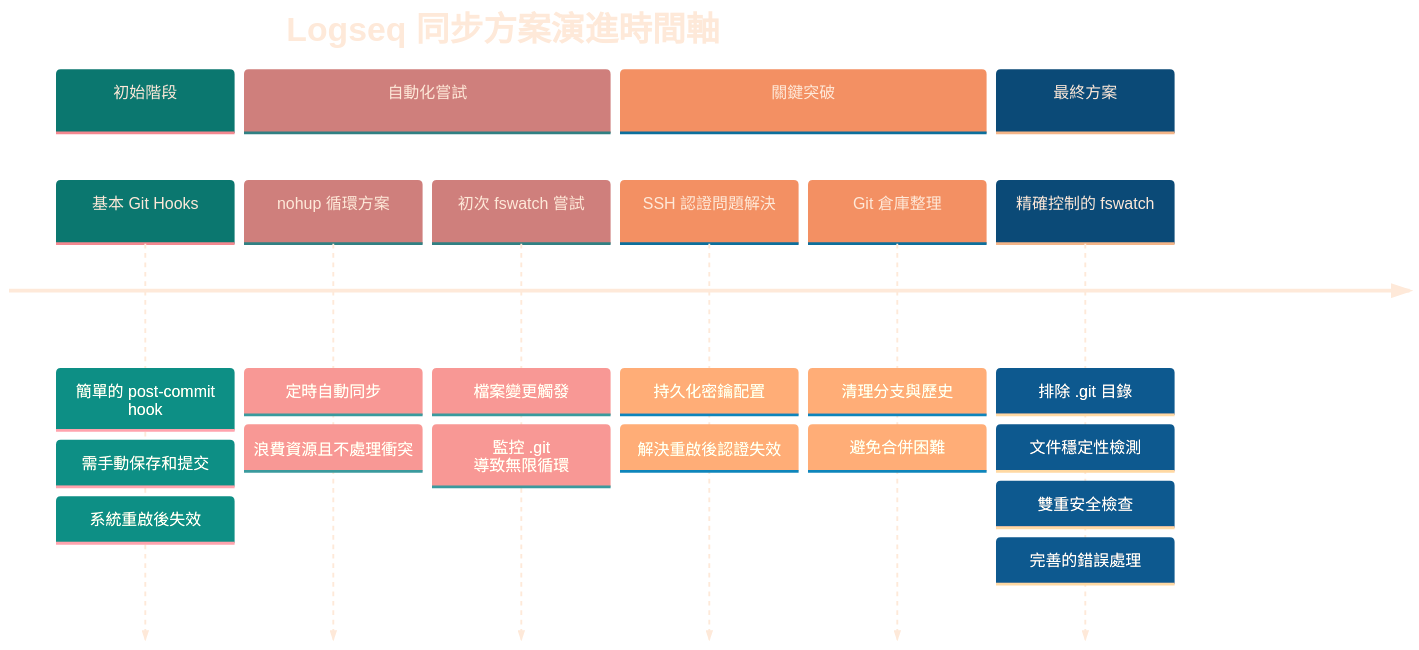
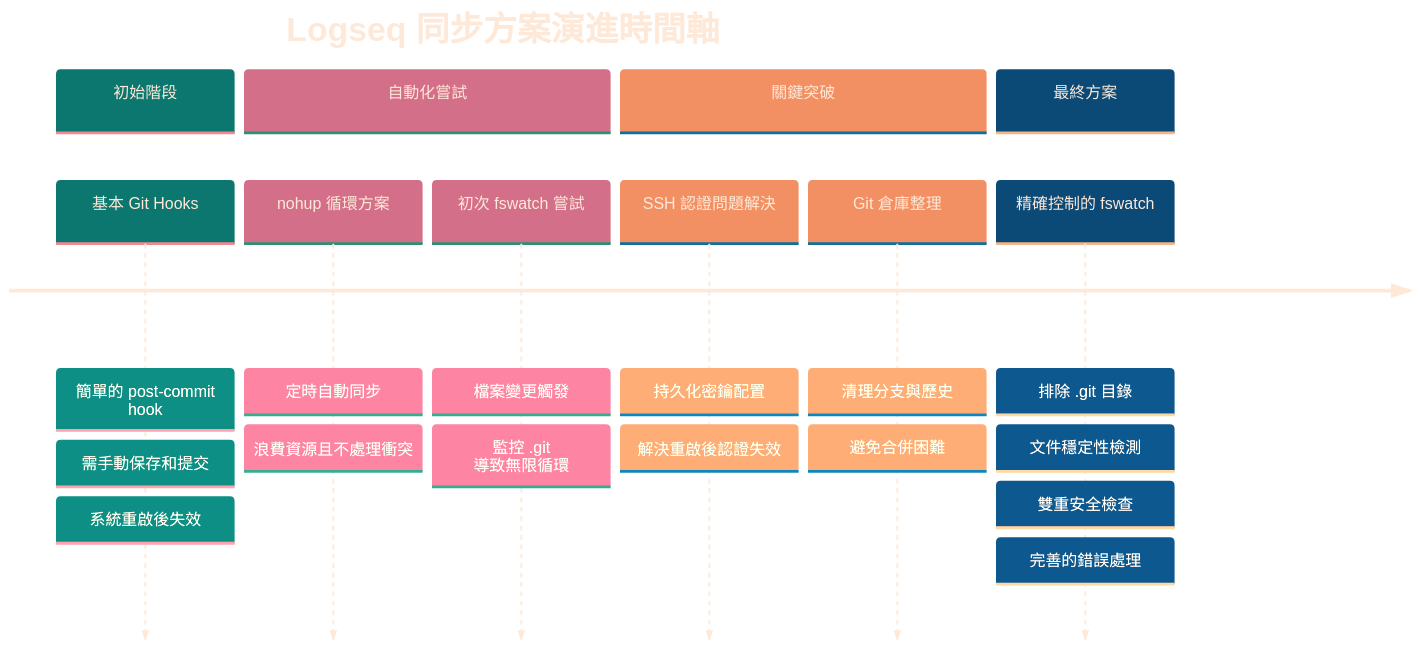
One commit to GengGeng026/Sync-Logseq changed the first of 2 diagrams in Logseq同步方案演進記錄.md. Above: the diagram before and after it, drawn with Mermaid.

Commit message:
Auto-sync: Wed Mar 26 10:01:03 +08 2025

````diff
--- a/Logseq同步方案演進記錄.md
+++ b/Logseq同步方案演進記錄.md
@@ -24,38 +24,38 @@
 ```mermaid
 %%{init: {
   'theme': 'base', 
   'themeVariables': {
     'primaryTextColor': '#FEE9D9',
     'primaryColor': '#19E9D9',
-    'secondaryColor': '#F1DAD9',
+    'secondaryColor': '#F1D1D9',
     'tertiaryColor': '#FCE4D9',
     'primaryBorderColor': '#A9D9D9',
     'background': 'transparent',
     'clusterBkg': 'transparent',
     'fontFamily': 'default',
     'fontSize': '17px',
     'fontWeight': 'normal'
   }
 }}%%
 timeline
     title Logseq 同步方案演進時間軸
     section 初始階段
         基本 Git Hooks : 簡單的 post-commit hook
         : 需手動保存和提交
         : 系統重啟後失效
     section 自動化嘗試
         nohup 循環方案 : 定時自動同步
         : 浪費資源且不處理衝突
         初次 fswatch 嘗試 : 檔案變更觸發
         : 監控 .git 導致無限循環
     section 關鍵突破
         SSH 認證問題解決 : 持久化密鑰配置
         : 解決重啟後認證失效
         Git 倉庫整理 : 清理分支與歷史
         : 避免合併困難
     section 最終方案
         精確控制的 fswatch : 排除 .git 目錄
         : 文件穩定性檢測
         : 雙重安全檢查
         : 完善的錯誤處理
 ```
````
